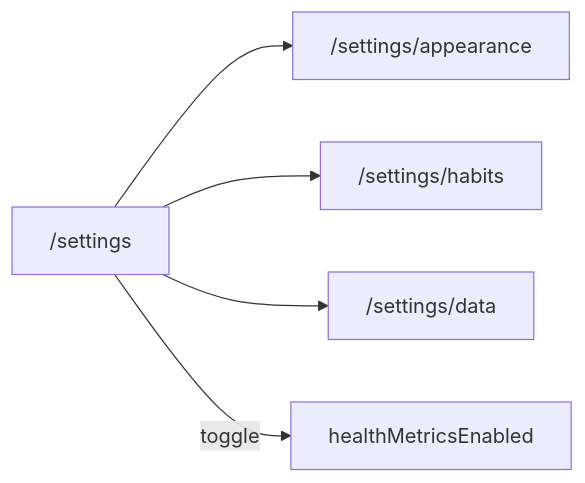
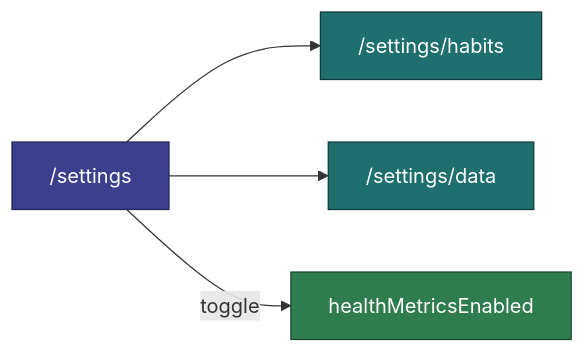
Before and after one commit to jermbo/CosmicWorkOut: the first of 2 diagrams in docs/requirements/settings-preferences.md, drawn with Mermaid. The commit also changed other lines of this file and 55 other files, not shown here.

````diff
--- a/docs/requirements/settings-preferences.md
+++ b/docs/requirements/settings-preferences.md
@@ -38,8 +38,14 @@
 ```mermaid
 flowchart LR
     Hub["/settings"]
-    Hub --> App["/settings/appearance"]
     Hub --> Hab["/settings/habits"]
     Hub --> Data["/settings/data"]
     Hub -->|toggle| Health[healthMetricsEnabled]
+
+    classDef hub fill:#3b3f8c,stroke:#23264f,color:#ffffff;
+    classDef route fill:#1f6f6f,stroke:#0f3a3a,color:#ffffff;
+    classDef toggle fill:#2f7d4f,stroke:#1a472d,color:#ffffff;
+    class Hub hub;
+    class Hab,Data route;
+    class Health toggle;
 ```
````
